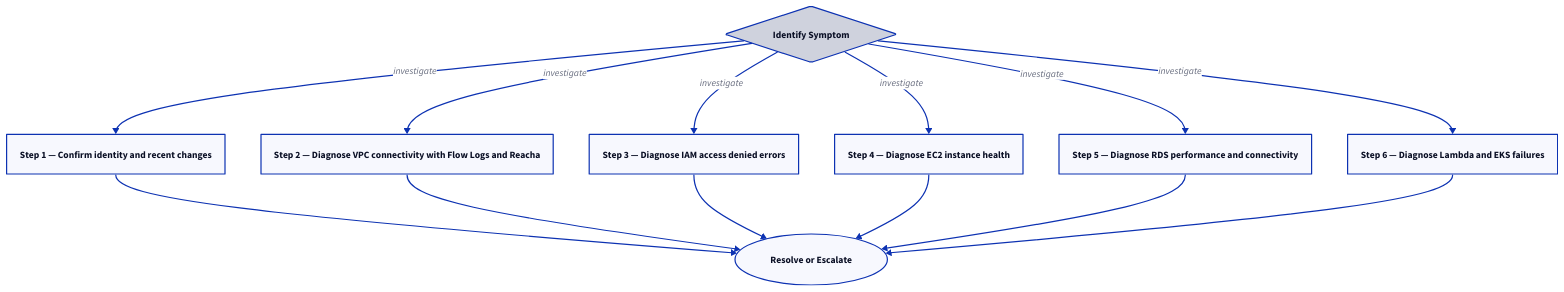
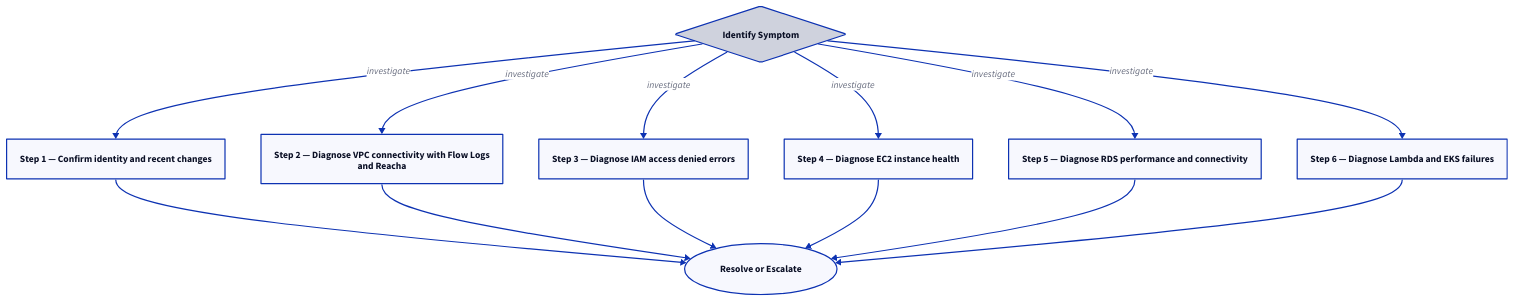
One commit to canast01/chris-kb changed the second of 2 diagrams in docs/cloud/aws/troubleshooting/diagnostics/index.md. Above: the diagram before and after it, drawn with D2. The commit also changed other lines of this file and 192 other files, not shown here.

````diff
--- a/docs/cloud/aws/troubleshooting/diagnostics/index.md
+++ b/docs/cloud/aws/troubleshooting/diagnostics/index.md
@@ -69,25 +69,25 @@
 ```d2
 direction: down
 
 symptom: Identify Symptom {shape: diamond}
 step_1_confirm_identity_and_recent_c: "Step 1 — Confirm identity and recent changes" {shape: rectangle}
-step_2_diagnose_vpc_connectivity_wit: "Step 2 — Diagnose VPC connectivity with Flow Logs and Reacha" {shape: rectangle}
+step_2_diagnose_vpc_connectivity_wit: "Step 2 — Diagnose VPC connectivity with Flow Logs\nand Reacha" {shape: rectangle}
 step_3_diagnose_iam_access_denied_er: "Step 3 — Diagnose IAM access denied errors" {shape: rectangle}
 step_4_diagnose_ec2_instance_health: "Step 4 — Diagnose EC2 instance health" {shape: rectangle}
 step_5_diagnose_rds_performance_and_: "Step 5 — Diagnose RDS performance and connectivity" {shape: rectangle}
 step_6_diagnose_lambda_and_eks_failu: "Step 6 — Diagnose Lambda and EKS failures" {shape: rectangle}
 resolution: Resolve or Escalate {shape: oval}
 
 symptom -> step_1_confirm_identity_and_recent_c: investigate
 symptom -> step_2_diagnose_vpc_connectivity_wit: investigate
 symptom -> step_3_diagnose_iam_access_denied_er: investigate
 symptom -> step_4_diagnose_ec2_instance_health: investigate
 symptom -> step_5_diagnose_rds_performance_and_: investigate
 symptom -> step_6_diagnose_lambda_and_eks_failu: investigate
 step_1_confirm_identity_and_recent_c -> resolution
 step_2_diagnose_vpc_connectivity_wit -> resolution
 step_3_diagnose_iam_access_denied_er -> resolution
 step_4_diagnose_ec2_instance_health -> resolution
 step_5_diagnose_rds_performance_and_ -> resolution
 step_6_diagnose_lambda_and_eks_failu -> resolution
 ```
````
